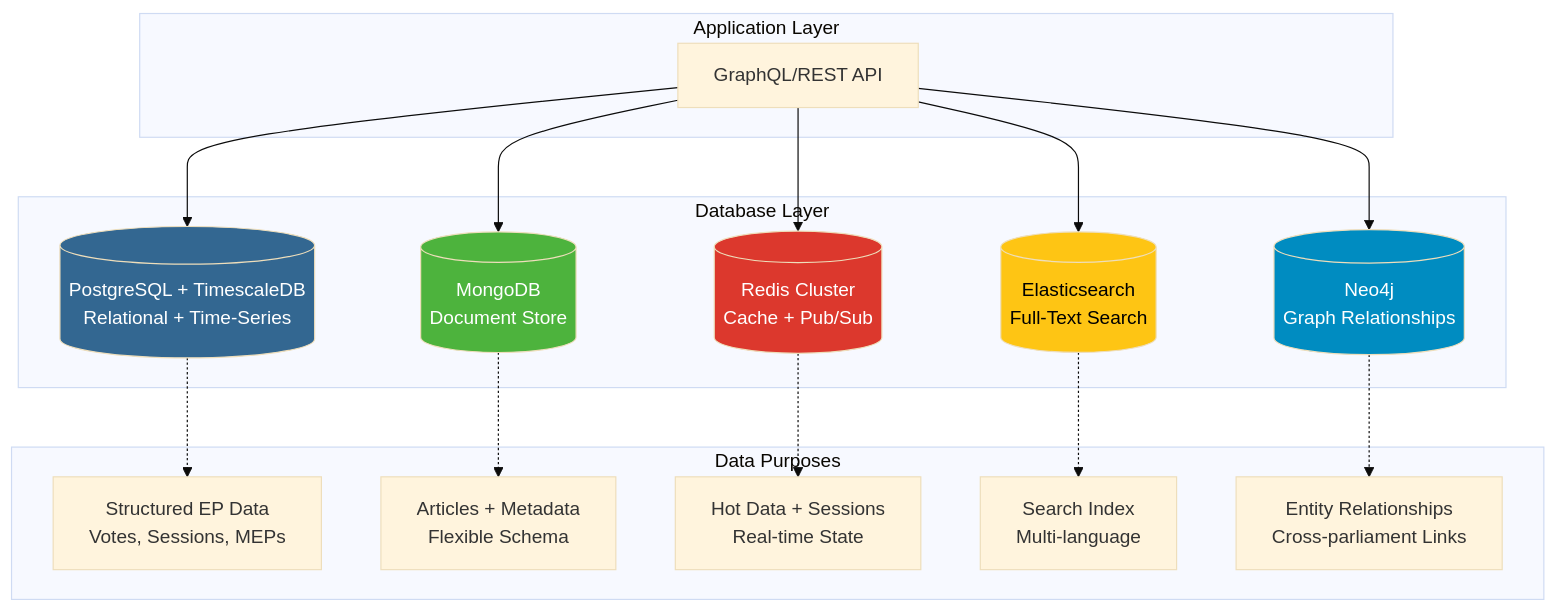
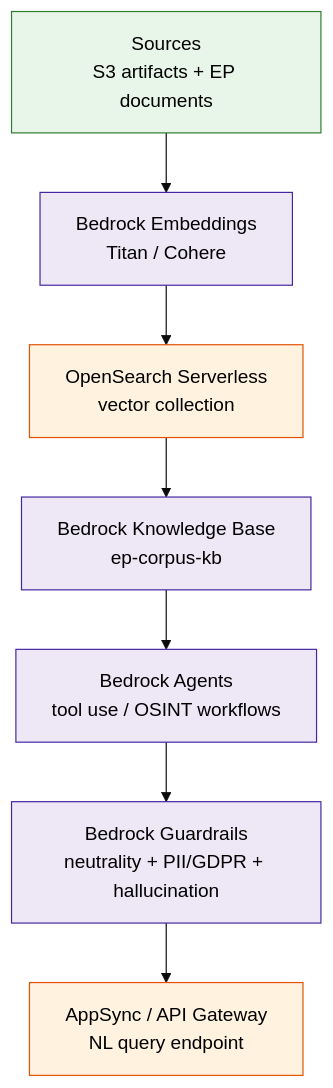
Before and after one commit to Hack23/euparliamentmonitor: the seventh of 9 diagrams in FUTURE_DATA_MODEL.md, drawn with Mermaid (base theme). The commit also changed other lines of this file and 5 other files, not shown here.

Commit message:
docs: rewrite FUTURE architecture portfolio for v2.0/v3.0 all-in-AWS vision

````diff
--- a/FUTURE_DATA_MODEL.md
+++ b/FUTURE_DATA_MODEL.md
@@ -469,40 +789,16 @@
 ```mermaid
-graph TB
-    subgraph "Application Layer"
-        API[GraphQL/REST API]
-    end
+graph TD
+    SRC["Sources<br/>S3 artifacts + EP documents"]:::s3
+    EMB["Bedrock Embeddings<br/>Titan / Cohere"]:::ai
+    VEC["OpenSearch Serverless<br/>vector collection"]:::aws
+    KB["Bedrock Knowledge Base<br/>ep-corpus-kb"]:::ai
+    AG["Bedrock Agents<br/>tool use / OSINT workflows"]:::ai
+    GR["Bedrock Guardrails<br/>neutrality + PII/GDPR + hallucination"]:::ai
+    APP["AppSync / API Gateway<br/>NL query endpoint"]:::aws
 
-    subgraph "Database Layer"
-        Postgres[(PostgreSQL + TimescaleDB<br/>Relational + Time-Series)]
-        Mongo[(MongoDB<br/>Document Store)]
-        Redis[(Redis Cluster<br/>Cache + Pub/Sub)]
-        Elastic[(Elasticsearch<br/>Full-Text Search)]
-        Neo4j[(Neo4j<br/>Graph Relationships)]
-    end
+    SRC --> EMB --> VEC --> KB --> AG --> GR --> APP
 
-    subgraph "Data Purposes"
-        P1[Structured EP Data<br/>Votes, Sessions, MEPs]
-        P2[Articles + Metadata<br/>Flexible Schema]
-        P3[Hot Data + Sessions<br/>Real-time State]
-        P4[Search Index<br/>Multi-language]
-        P5[Entity Relationships<br/>Cross-parliament Links]
-    end
-
-    API --> Postgres
-    API --> Mongo
-    API --> Redis
-    API --> Elastic
-    API --> Neo4j
-
-    Postgres -.-> P1
-    Mongo -.-> P2
-    Redis -.-> P3
-    Elastic -.-> P4
-    Neo4j -.-> P5
-
-    style Postgres fill:#336791,color:#fff
-    style Mongo fill:#4DB33D,color:#fff
-    style Redis fill:#DC382D,color:#fff
-    style Elastic fill:#FEC514,color:#000
-    style Neo4j fill:#008CC1,color:#fff
+    classDef s3 fill:#e8f5e9,stroke:#2e7d32,color:#000
+    classDef aws fill:#fff3e0,stroke:#e65100,color:#000
+    classDef ai fill:#ede7f6,stroke:#4527a0,color:#000
 ```
````
